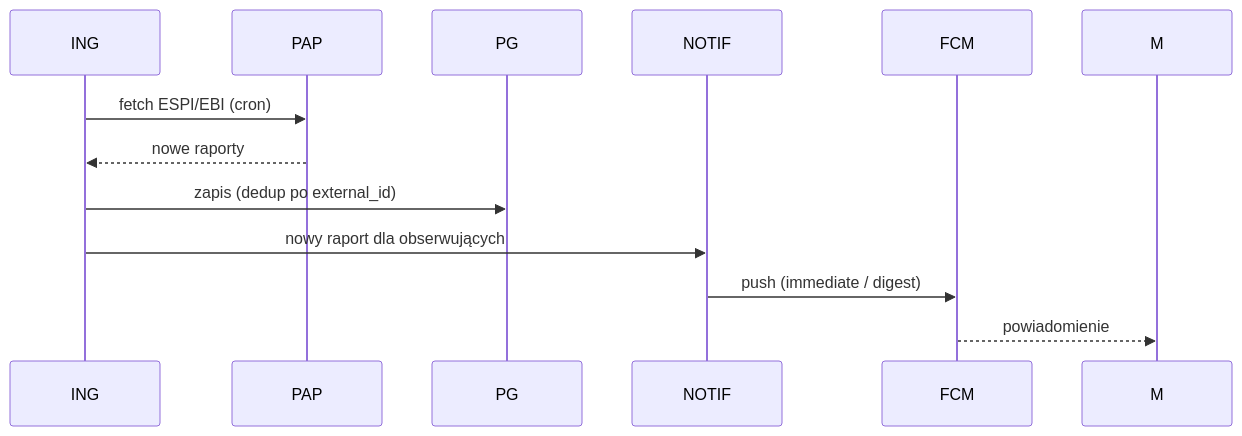
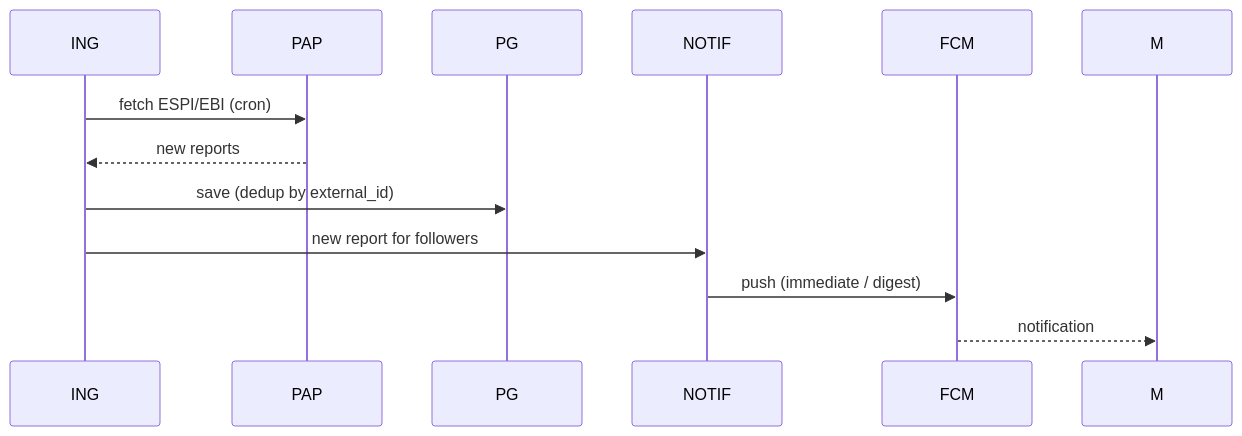
One commit to Ryeore/Raportnik-mESPI changed the second of 2 diagrams in docs/ARCHITECTURE.md. Above: the diagram before and after it, drawn with Mermaid. The commit also changed other lines of this file and 19 other files, not shown here.

````diff
--- a/docs/ARCHITECTURE.md
+++ b/docs/ARCHITECTURE.md
@@ -54,9 +54,9 @@
 ```mermaid
 sequenceDiagram
   ING->>PAP: fetch ESPI/EBI (cron)
-  PAP-->>ING: nowe raporty
-  ING->>PG: zapis (dedup po external_id)
-  ING->>NOTIF: nowy raport dla obserwujących
+  PAP-->>ING: new reports
+  ING->>PG: save (dedup by external_id)
+  ING->>NOTIF: new report for followers
   NOTIF->>FCM: push (immediate / digest)
-  FCM-->>M: powiadomienie
+  FCM-->>M: notification
 ```
````
